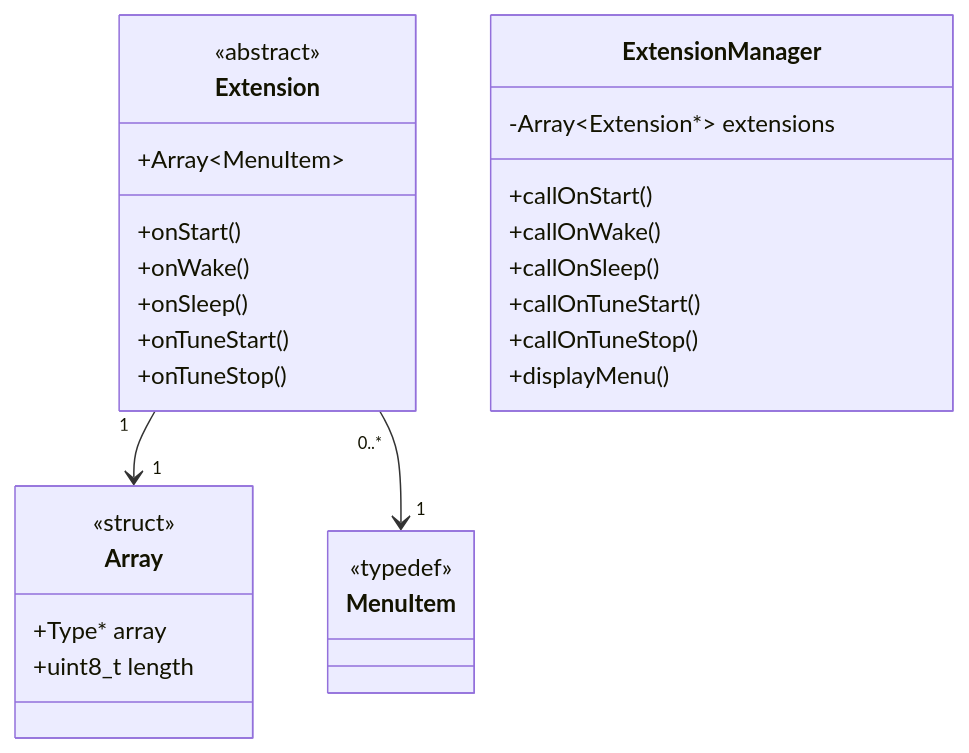
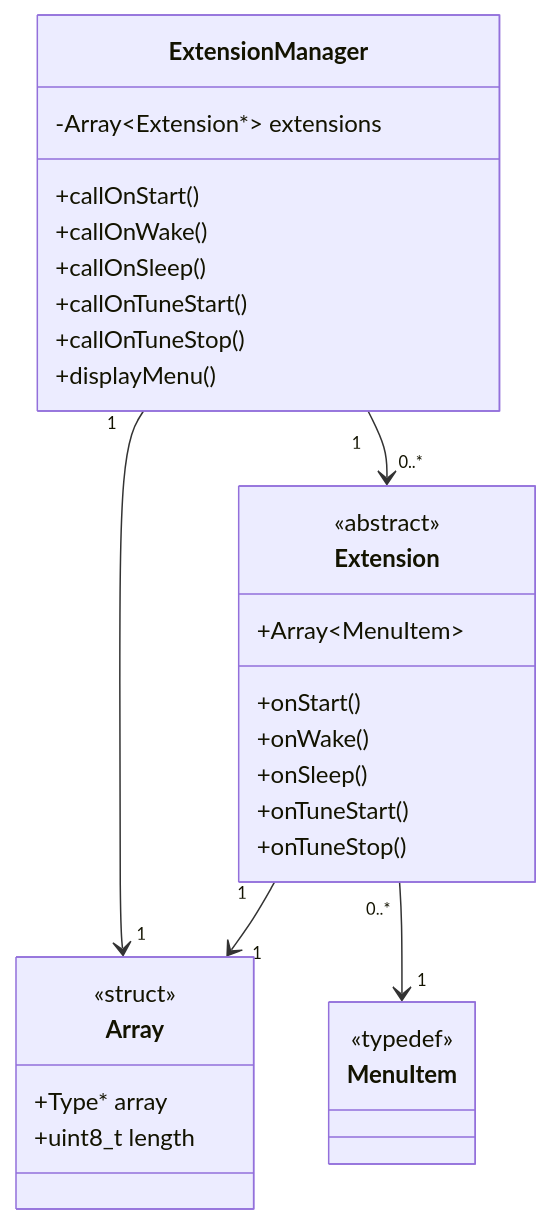
The diagram in Extensions.md (jgOhYeah/BikeHorn), drawn with Mermaid before and after one commit. The commit also changed other lines of this file and 16 other files, not shown here.

````diff
--- a/Extensions.md
+++ b/Extensions.md
@@ -9,36 +9,38 @@
 ```mermaid
 classDiagram
     Extension "1" --> "1" Array
     Extension "0..*" --> "1" MenuItem
+    ExtensionManager "1" --> "0..*" Extension
+    ExtensionManager "1" --> "1" Array
 
 
     class Array~Type~ {
         <<struct>>
         +Type* array
         +uint8_t length
     }
 
     class MenuItem {
         <<typedef>>
     }
 
     class Extension {
         <<abstract>>
         +onStart()
         +onWake()
         +onSleep()
         +onTuneStart()
         +onTuneStop()
         +Array~MenuItem~
     }
 
     class ExtensionManager {
         +callOnStart()
         +callOnWake()
         +callOnSleep()
         +callOnTuneStart()
         +callOnTuneStop()
         +displayMenu()
         -Array~Extension*~ extensions
     }
 ```
````
